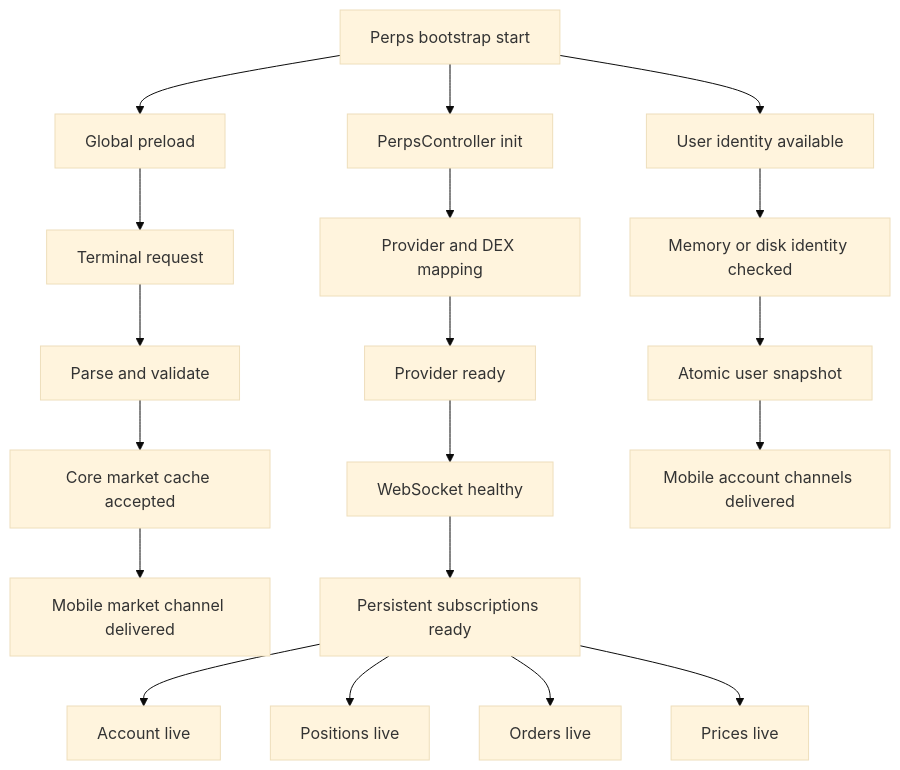
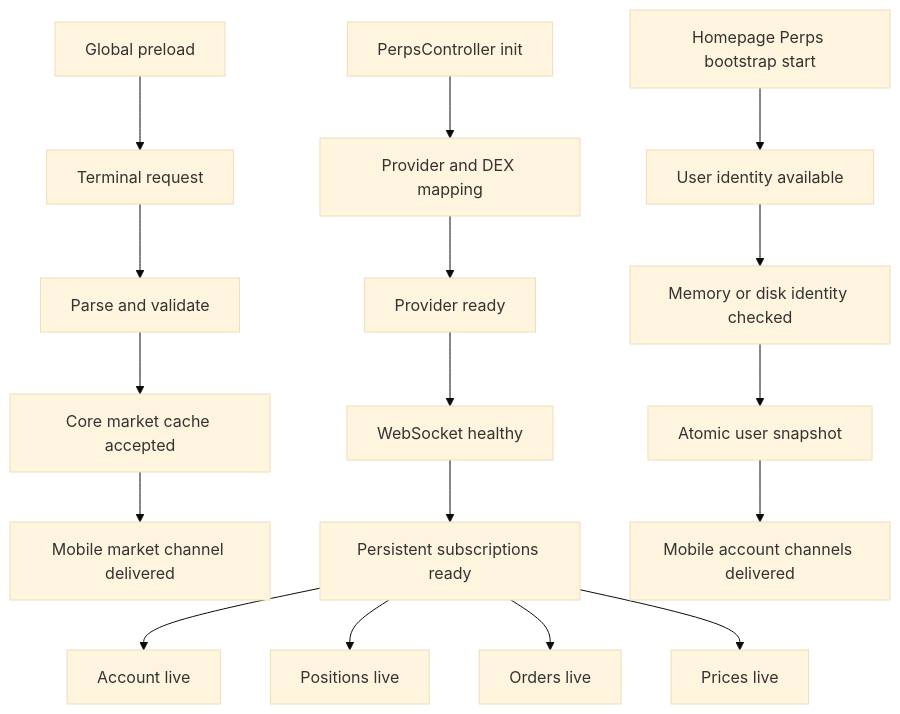
One commit to MetaMask/metamask-mobile changed the second of 3 diagrams in docs/perps/performance/ARCHITECTURE.md. Above: the diagram before and after it, drawn with Mermaid (base theme). The commit also changed other lines of this file and 16 other files, not shown here.

````diff
--- a/docs/perps/performance/ARCHITECTURE.md
+++ b/docs/perps/performance/ARCHITECTURE.md
@@ -42,25 +44,24 @@
 ```mermaid
 flowchart TD
-  PB[Perps bootstrap start]
-  PB --> G1[Global preload]
+  G1[Global preload]
   G1 --> G2[Terminal request]
   G2 --> G3[Parse and validate]
   G3 --> G4[Core market cache accepted]
   G4 --> G5[Mobile market channel delivered]
 
-  PB --> C1[PerpsController init]
+  C1[PerpsController init]
   C1 --> C2[Provider and DEX mapping]
   C2 --> C3[Provider ready]
   C3 --> C4[WebSocket healthy]
   C4 --> C5[Persistent subscriptions ready]
 
-  PB --> U1[User identity available]
+  PB[Homepage Perps bootstrap start] --> U1[User identity available]
   U1 --> U2[Memory or disk identity checked]
   U2 --> U3[Atomic user snapshot]
   U3 --> U4[Mobile account channels delivered]
 
   C5 --> L1[Account live]
   C5 --> L2[Positions live]
   C5 --> L3[Orders live]
   C5 --> L4[Prices live]
 ```
````
